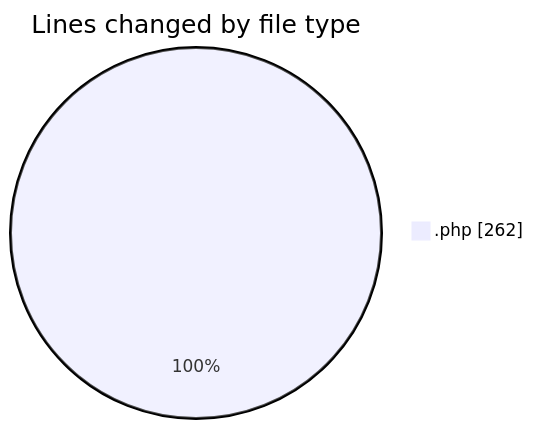
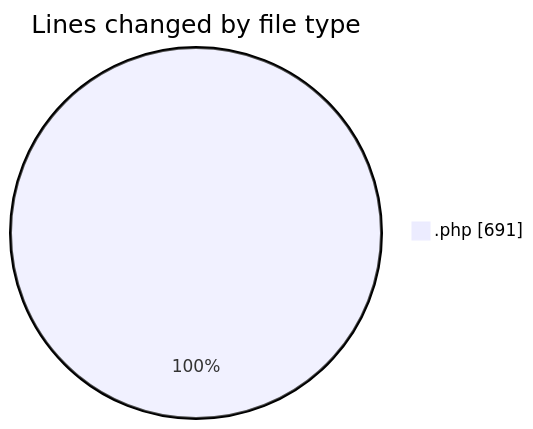
Before and after one commit to LanceThiago/code-tracking: the first of 2 diagrams in 2026-10-27/jogo/README.md, drawn with Mermaid. The commit also changed other lines of this file and 1 other file, not shown here.

````diff
--- a/2026-10-27/jogo/README.md
+++ b/2026-10-27/jogo/README.md
@@ -21,5 +22,5 @@
 ```mermaid
 pie showData
 title Lines changed by file type
-".php" : 262
+".php" : 691
 ```
````
